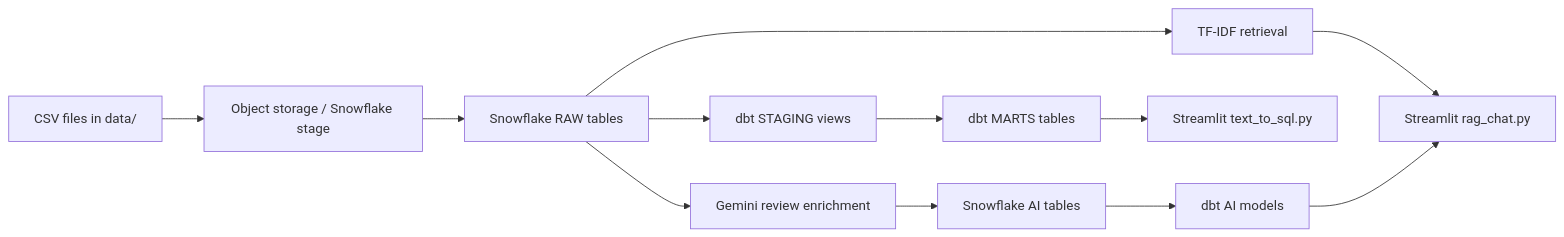
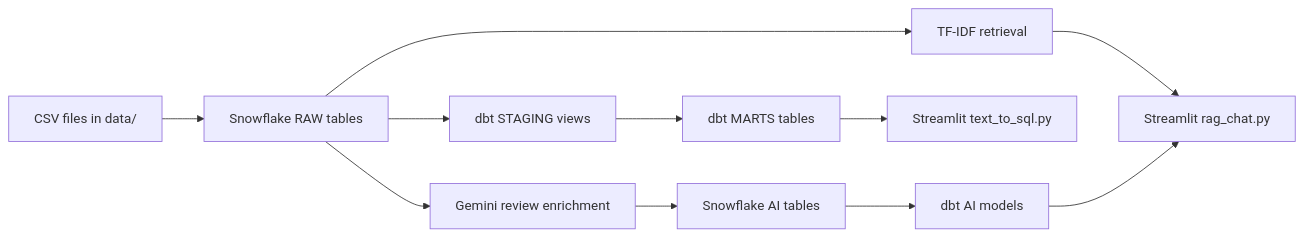
One commit to VN-Hugo/Food-Delivery-Data-Project changed the first of 2 diagrams in README.md. Above: the diagram before and after it, drawn with Mermaid. The commit also changed other lines of this file and 13 other files, not shown here.

````diff
--- a/README.md
+++ b/README.md
@@ -20,14 +22,13 @@
 ```mermaid
 flowchart LR
-    CSV[CSV files in data/] --> S3[Object storage / Snowflake stage]
-    S3 --> RAW[Snowflake RAW tables]
+    CSV[CSV files in data/] --> RAW[Snowflake RAW tables]
     RAW --> STG[dbt STAGING views]
     STG --> MART[dbt MARTS tables]
     RAW --> ENRICH[Gemini review enrichment]
     ENRICH --> AI[Snowflake AI tables]
-    AI --> AIMART[dbt AI models]
+    AI --> AITABLE[dbt AI models]
     MART --> SQLAPP[Streamlit text_to_sql.py]
     RAW --> RAG[TF-IDF retrieval]
     RAG --> RAGAPP[Streamlit rag_chat.py]
-    AIMART --> RAGAPP
+    AITABLE --> RAGAPP
 ```
````
